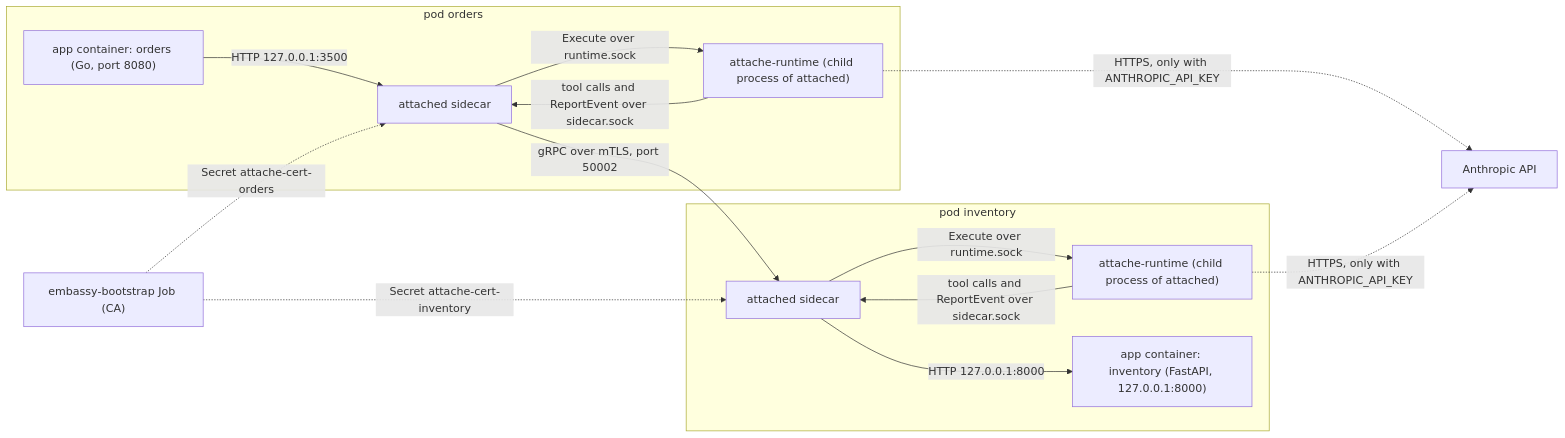
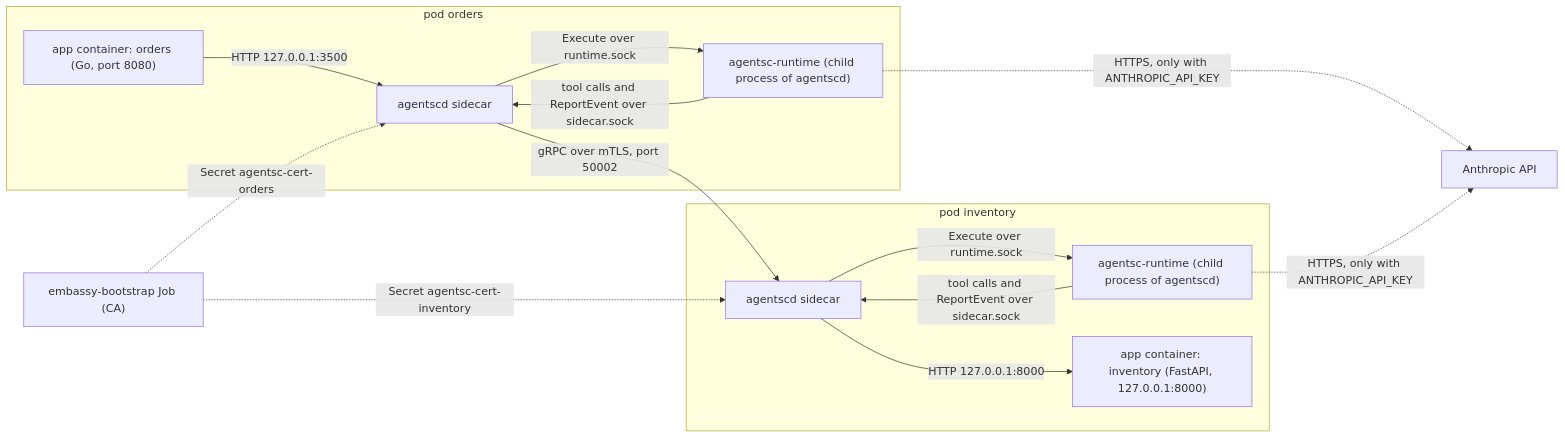
Before and after one commit to f8fvwgzc/agent-sidecar: the first of 4 diagrams in docs/architecture.md, drawn with Mermaid. The commit also changed other lines of this file and 365 other files, not shown here.

First line of the commit message:
Rename attache to agentsc (agent-sidecar) everywhere

````diff
--- a/docs/architecture.md
+++ b/docs/architecture.md
@@ -166,25 +166,25 @@
 ```mermaid
 flowchart LR
   subgraph orders_pod["pod orders"]
     OA["app container: orders (Go, port 8080)"]
-    OS["attached sidecar"]
-    OR["attache-runtime (child process of attached)"]
+    OS["agentscd sidecar"]
+    OR["agentsc-runtime (child process of agentscd)"]
     OA -->|"HTTP 127.0.0.1:3500"| OS
     OS -->|"Execute over runtime.sock"| OR
     OR -->|"tool calls and ReportEvent over sidecar.sock"| OS
   end
   subgraph inventory_pod["pod inventory"]
-    IS["attached sidecar"]
-    IR["attache-runtime (child process of attached)"]
+    IS["agentscd sidecar"]
+    IR["agentsc-runtime (child process of agentscd)"]
     IA["app container: inventory (FastAPI, 127.0.0.1:8000)"]
     IS -->|"Execute over runtime.sock"| IR
     IR -->|"tool calls and ReportEvent over sidecar.sock"| IS
     IS -->|"HTTP 127.0.0.1:8000"| IA
   end
   OS -->|"gRPC over mTLS, port 50002"| IS
   E["embassy-bootstrap Job (CA)"]
-  E -.->|"Secret attache-cert-orders"| OS
-  E -.->|"Secret attache-cert-inventory"| IS
+  E -.->|"Secret agentsc-cert-orders"| OS
+  E -.->|"Secret agentsc-cert-inventory"| IS
   OR -.->|"HTTPS, only with ANTHROPIC_API_KEY"| M["Anthropic API"]
   IR -.->|"HTTPS, only with ANTHROPIC_API_KEY"| M
 ```
````
